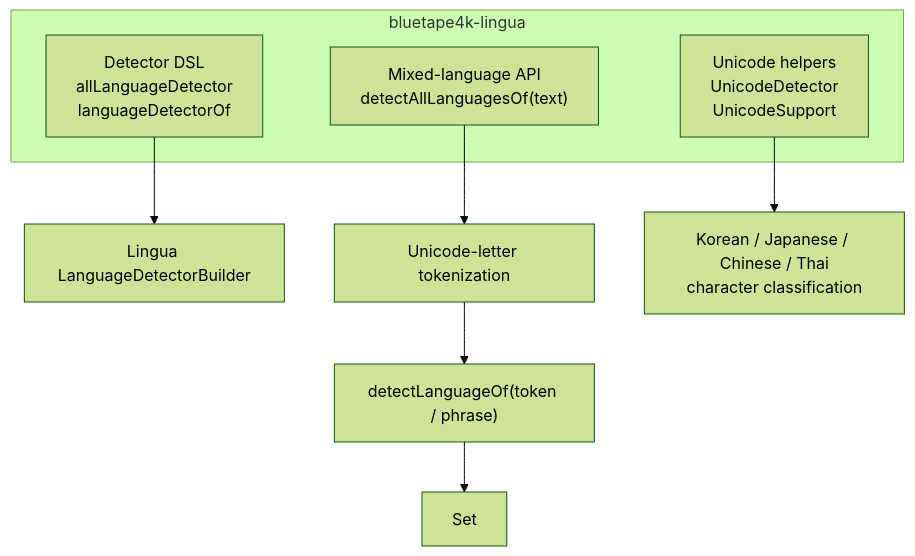
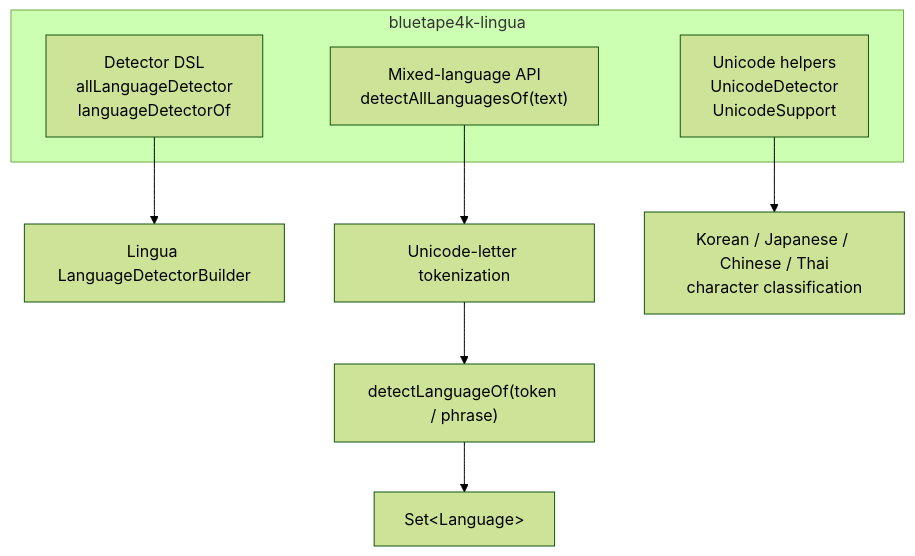
The first of 2 diagrams in texts/lingua/README.md (bluetape4k/bluetape4k-projects), drawn with Mermaid (forest theme) before and after one commit. The commit also changed other lines of this file and 8 other files, not shown here.

Commit message:
docs: texts/** 5개 모듈 README.md + README.ko.md 작성 (Mermaid UML, 사용 예제 포함)

````diff
--- a/texts/lingua/README.md
+++ b/texts/lingua/README.md
@@ -11,14 +9,14 @@
 ```mermaid
 flowchart TD
     subgraph bluetape4k_lingua["bluetape4k-lingua"]
         DSL["Detector DSL\nallLanguageDetector\nlanguageDetectorOf"]
         MIXED["Mixed-language API\ndetectAllLanguagesOf(text)"]
         UNICODE["Unicode helpers\nUnicodeDetector\nUnicodeSupport"]
     end
 
     DSL --> UPSTREAM["Lingua LanguageDetectorBuilder"]
     MIXED --> TOKENIZE["Unicode-letter tokenization"]
     TOKENIZE --> DETECT["detectLanguageOf(token / phrase)"]
-    DETECT --> RESULT["Set<Language>"]
+    DETECT --> RESULT["Set&lt;Language&gt;"]
     UNICODE --> SCRIPTS["Korean / Japanese / Chinese / Thai\ncharacter classification"]
 ```
````
